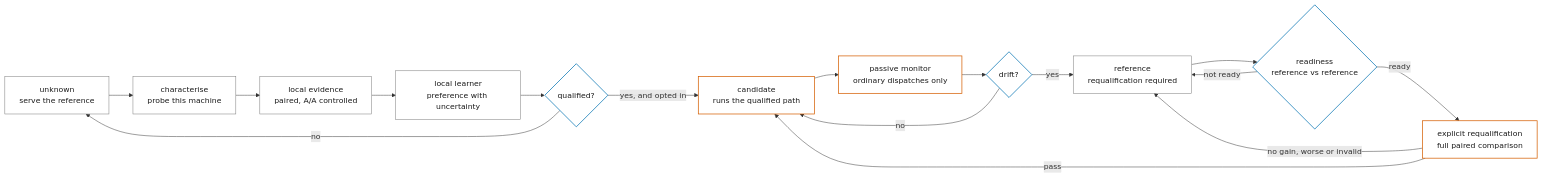
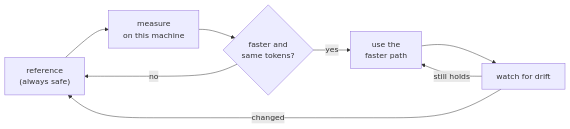
Before and after one commit to Tobayko/IronMule: the diagram in README.md, drawn with Mermaid. The commit also changed other lines of this file and 2 other files, not shown here.

````diff
--- a/README.md
+++ b/README.md
@@ -74,25 +167,10 @@
 ```mermaid
 flowchart LR
-  U["unknown<br/>serve the reference"] --> CH["characterise<br/>probe this machine"]
-  CH --> EV["local evidence<br/>paired, A/A controlled"]
-  EV --> L["local learner<br/>preference with uncertainty"]
-  L --> Q{"qualified?"}
+  U["reference<br/>(always safe)"] --> M["measure<br/>on this machine"]
+  M --> Q{"faster and<br/>same tokens?"}
   Q -- "no" --> U
-  Q -- "yes, and opted in" --> CA["candidate<br/>runs the qualified path"]
-  CA --> M["passive monitor<br/>ordinary dispatches only"]
-  M --> D{"drift?"}
-  D -- "no" --> CA
-  D -- "yes" --> RF["reference<br/>requalification required"]
-  RF --> RD{"readiness<br/>reference vs reference"}
-  RD -- "not ready" --> RF
-  RD -- "ready" --> RQ["explicit requalification<br/>full paired comparison"]
-  RQ -- "pass" --> CA
-  RQ -- "no gain, worse or invalid" --> RF
-
-  classDef ref fill:#FFFFFF,stroke:#767676,stroke-width:1px,color:#1A1A1A
-  classDef gate fill:#FFFFFF,stroke:#0072B2,stroke-width:1.5px,color:#1A1A1A
-  classDef act fill:#FFFFFF,stroke:#D55E00,stroke-width:1.5px,color:#1A1A1A
-  class U,CH,EV,L,RF ref
-  class Q,D,RD gate
-  class CA,M,RQ act
+  Q -- "yes" --> A["use the<br/>faster path"]
+  A --> W["watch for drift"]
+  W -- "still holds" --> A
+  W -- "changed" --> U
 ```
````
